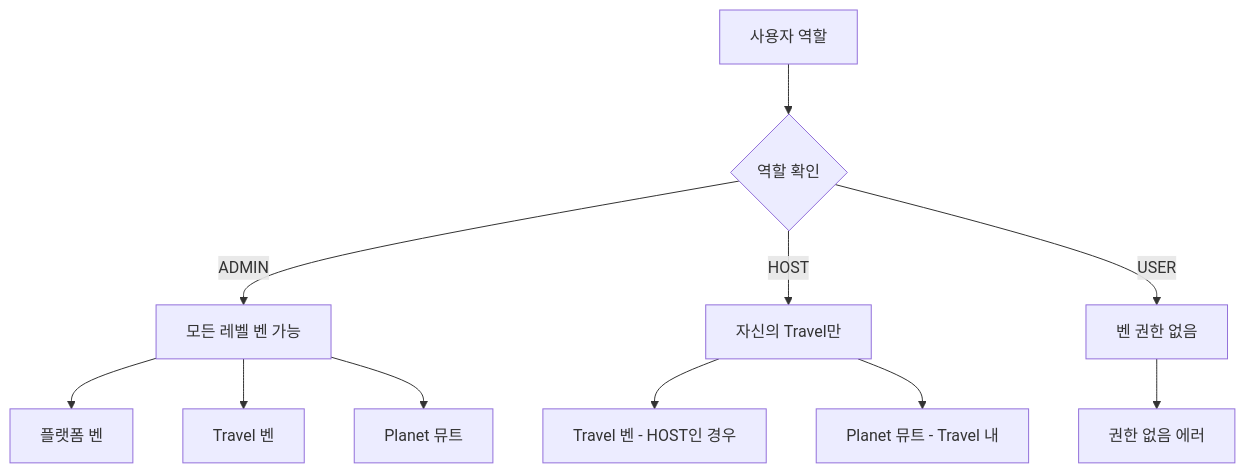
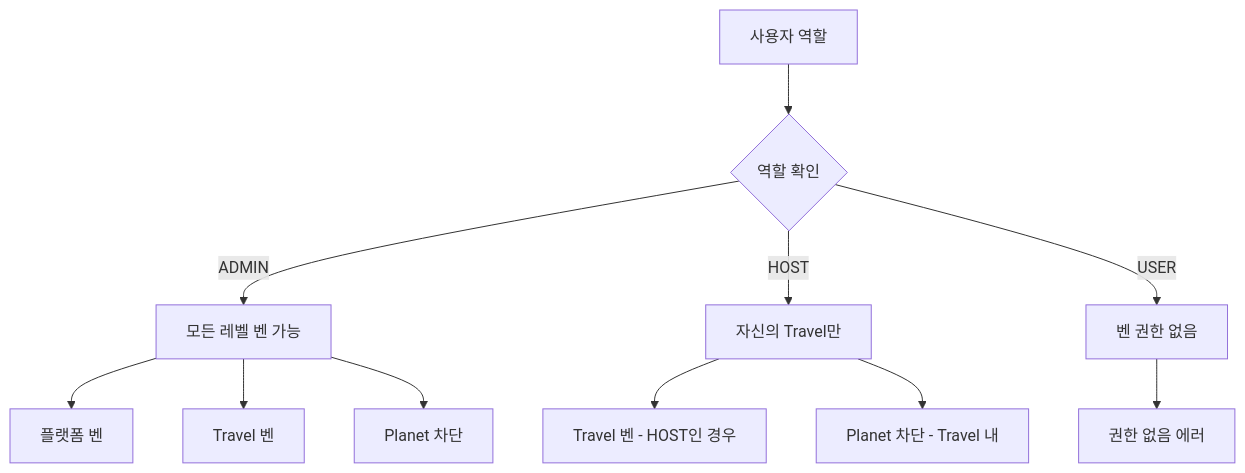
Before and after one commit to maximizest/connecto-nest: diagram 32 of 34 in .md/flow.md, drawn with Mermaid. The commit also changed other lines of this file and 1 other file, not shown here.

Commit message:
문서 업데이트: Planet 레벨 뮤트 기능을 차단(BANNED 상태)으로 변경하고, 관련 흐름 다이어그램 및 설명을 수정하여 일관성을 높임. 사용자 차단 관련 내용을 명확히 하여 가독성을 향상시킴.

````diff
--- a/.md/flow.md
+++ b/.md/flow.md
@@ -1082,17 +1082,17 @@
 ```mermaid
 graph TD
     A[사용자 역할] --> B{역할 확인}
     
     B -->|ADMIN| C[모든 레벨 벤 가능]
     B -->|HOST| D[자신의 Travel만]
     B -->|USER| E[벤 권한 없음]
     
     C --> F[플랫폼 벤]
     C --> G[Travel 벤]
-    C --> H[Planet 뮤트]
+    C --> H[Planet 차단]
     
     D --> I[Travel 벤 - HOST인 경우]
-    D --> J[Planet 뮤트 - Travel 내]
+    D --> J[Planet 차단 - Travel 내]
     
     E --> K[권한 없음 에러]
 ```
````
